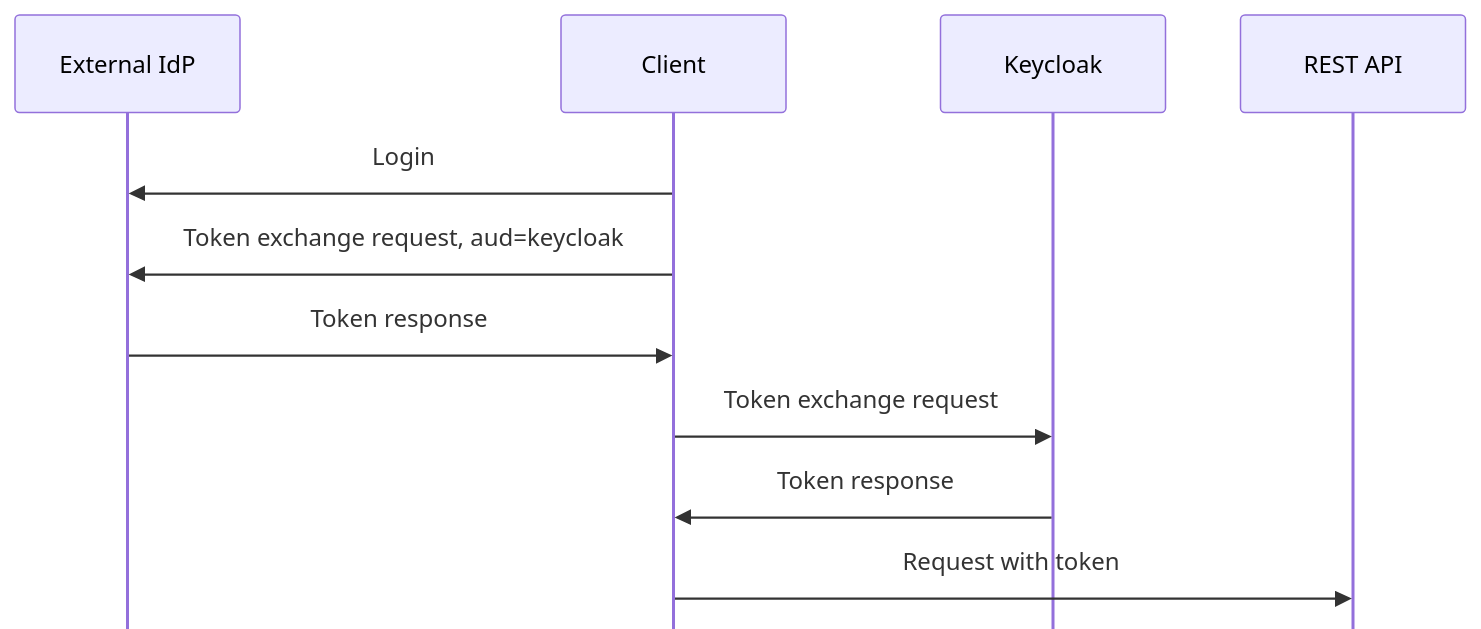
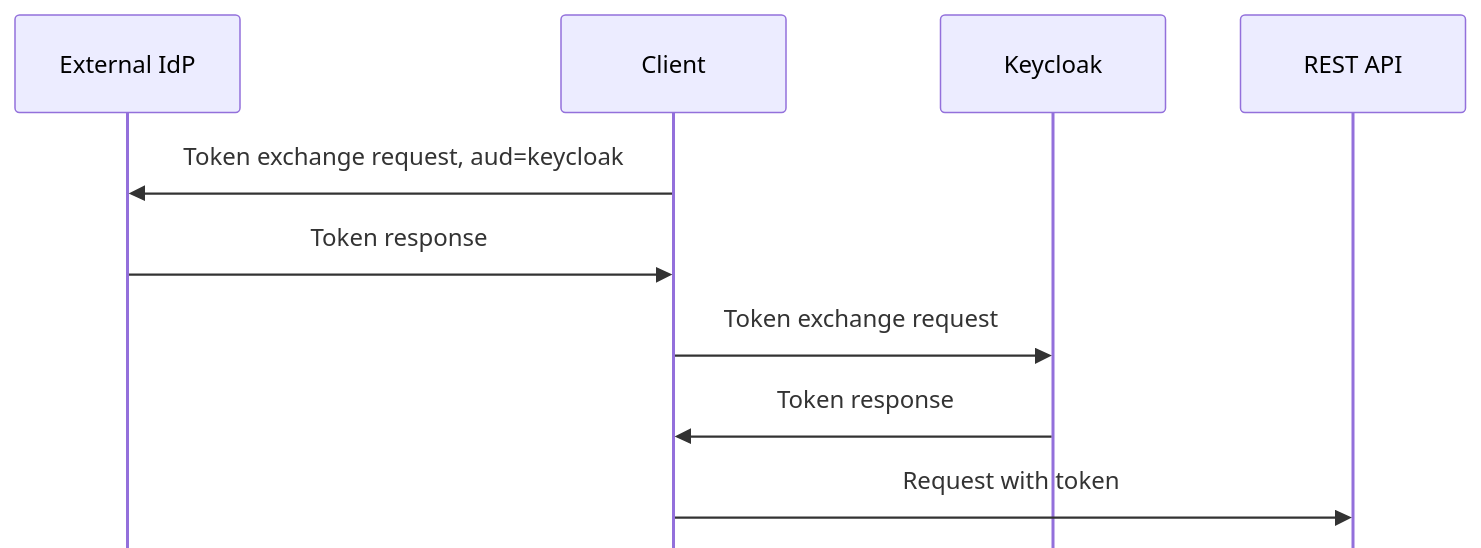
Before and after one commit to stianst/playground: the fifth of 5 diagrams in seq/assertions.md, drawn with Mermaid.

Commit message:
Remove login step from token exchange sequence

````diff
--- a/seq/assertions.md
+++ b/seq/assertions.md
@@ -84,17 +84,16 @@
 ```mermaid
 ---
 config:
     mirrorActors: false
 ---
 sequenceDiagram
     participant IDPA as External IdP
     participant C as Client
     participant IDPB as Keycloak
     participant RS as REST API
-    C->>IDPA: Login
     C->>IDPA: Token exchange request, aud=keycloak
     IDPA->>C: Token response
     C->>IDPB: Token exchange request
     IDPB->>C: Token response
     C->>RS: Request with token
 ```
````
